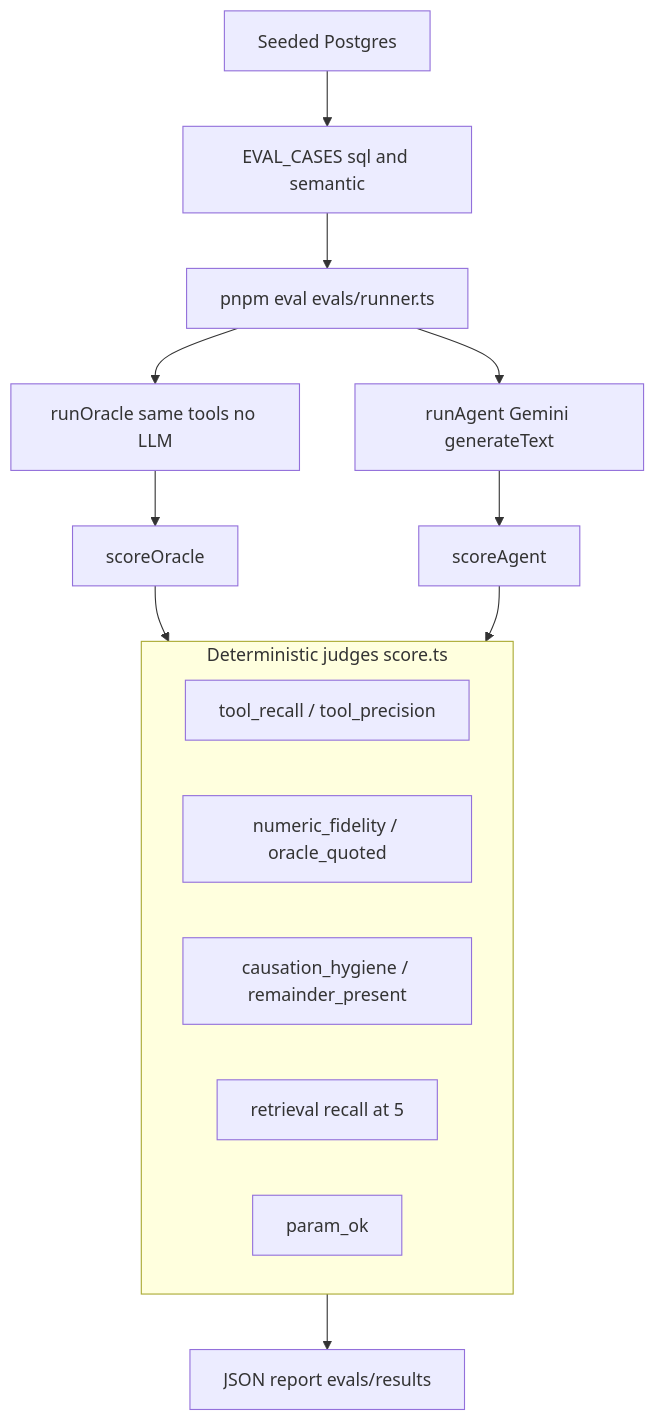
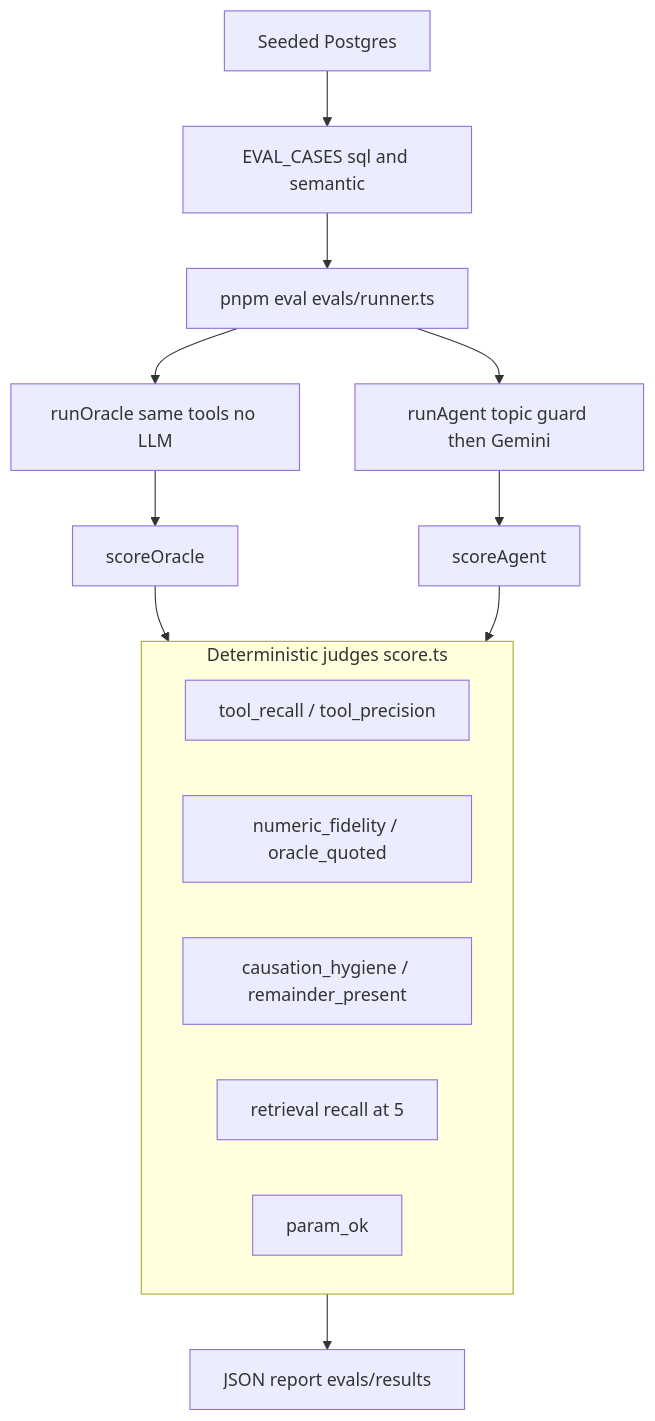
The second of 3 diagrams in diagrams/ARCHITECTURE.md (amit-lekhak/sales-diagnostics-agent), drawn with Mermaid before and after one commit. The commit also changed other lines of this file and 7 other files, not shown here.

Commit message:
feat: enhance sales diagnostics agent with topic classification and refusal handling

````diff
--- a/diagrams/ARCHITECTURE.md
+++ b/diagrams/ARCHITECTURE.md
@@ -61,29 +70,29 @@
 ```mermaid
 flowchart TD
   Seed[Seeded Postgres]
   Cases[EVAL_CASES sql and semantic]
   Runner["pnpm eval evals/runner.ts"]
   Oracle[runOracle same tools no LLM]
-  Agent[runAgent Gemini generateText]
+  Agent["runAgent topic guard then Gemini"]
   ScoreO[scoreOracle]
   ScoreA[scoreAgent]
 
   Seed --> Cases
   Cases --> Runner
   Runner --> Oracle
   Runner --> Agent
   Oracle --> ScoreO
   Agent --> ScoreA
 
   subgraph judges [Deterministic judges score.ts]
     TR[tool_recall / tool_precision]
     NF[numeric_fidelity / oracle_quoted]
     CH[causation_hygiene / remainder_present]
     RR[retrieval recall at 5]
     PO[param_ok]
   end
 
   ScoreO --> judges
   ScoreA --> judges
   judges --> Report["JSON report evals/results"]
 ```
````
